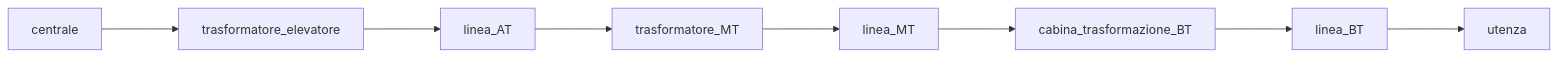
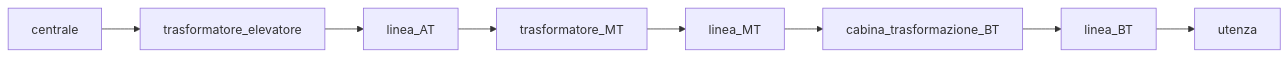
One commit to dennyb87/elettrotecnica-serale changed the third of 3 diagrams in classe_3/sistemi/uda_2/consegne/C01_sistema_elettrico_energia.md. Above: the diagram before and after it, drawn with Mermaid. The commit also changed other lines of this file, not shown here.

````diff
--- a/classe_3/sistemi/uda_2/consegne/C01_sistema_elettrico_energia.md
+++ b/classe_3/sistemi/uda_2/consegne/C01_sistema_elettrico_energia.md
@@ -40,4 +40,4 @@
 ```mermaid
 flowchart LR
-    centrale--->trasformatore_elevatore--->linea_AT--->trasformatore_MT--->linea_MT--->cabina_trasformazione_BT--->linea_BT--->utenza
+    centrale-->trasformatore_elevatore-->linea_AT-->trasformatore_MT-->linea_MT-->cabina_trasformazione_BT-->linea_BT-->utenza
 ```     
````
